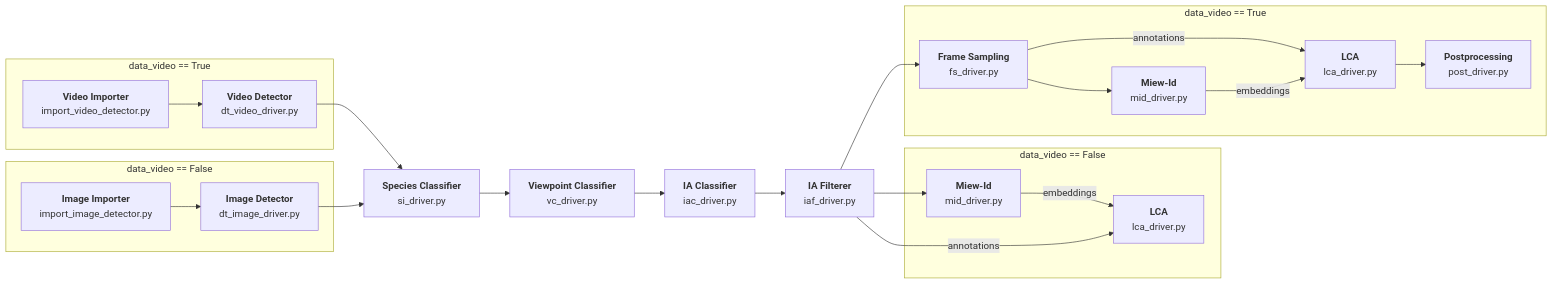
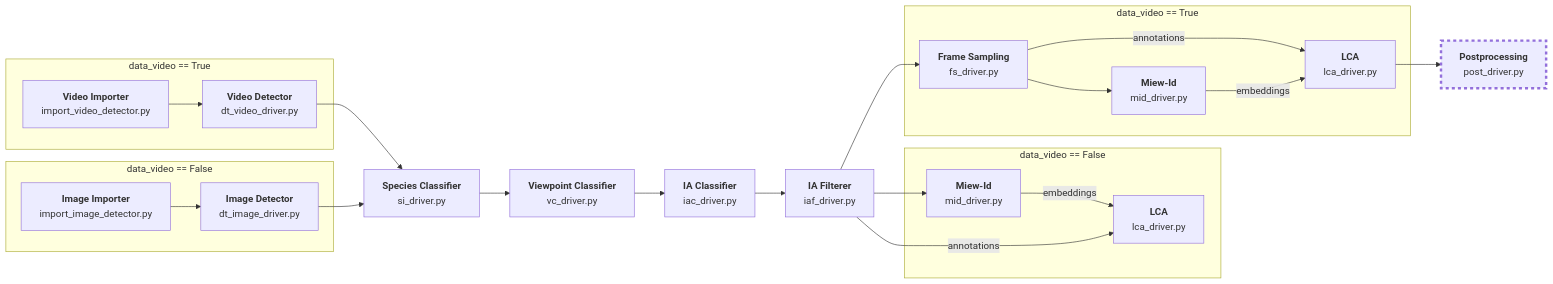
Before and after one commit to AidanWestphal/VARe-ID: the diagram in README.md, drawn with Mermaid. The commit also changed other lines of this file and 1 other file, not shown here.

````diff
--- a/README.md
+++ b/README.md
@@ -83,41 +84,42 @@
 ```mermaid
 flowchart LR
  subgraph s1["data_video == False"]
         n15["<b>Miew-Id</b><br>mid_driver.py"]
         n20["<b>LCA</b><br>lca_driver.py"]
   end
  subgraph s2["data_video == True"]
         n16["<b>Frame Sampling</b><br>fs_driver.py"]
         n17["<b>Miew-Id</b><br>mid_driver.py"]
         n18["<b>LCA</b><br>lca_driver.py"]
-        n19["<b>Postprocessing</b><br>post_driver.py"]
   end
  subgraph s3["data_video == False"]
         n21@{ label: "<b><span style=\"--tw-scale-x:\">Image Importer</span><br style=\"--tw-scale-x:\"></b>import_image_detector.py" }
         n25@{ label: "<span style=\"--tw-scale-x:\"><b>Image Detector<br style=\"--tw-scale-x:\"></b></span>dt_image_driver.py" }
   end
  subgraph s4["data_video == True"]
         n22["<b>Video Importer<br></b>import_video_detector.py"]
         n24["<b>Video Detector<br></b>dt_video_driver.py"]
   end
     n6["<b>Species Classifier</b><br>si_driver.py"] --> n7["<b>Viewpoint Classifier<br></b>vc_driver.py"]
     n7 --> n8["<b>IA Classifier<br></b>iac_driver.py"]
     n8 --> n10["<b>IA Filterer</b><br>iaf_driver.py"]
     n10 --> n16 & n15
     n16 --> n17
     n16 -- annotations --> n18
     n17 -- embeddings --> n18
-    n18 --> n19
     n15 -- embeddings --> n20
     n10 -- annotations --> n20
     n22 --> n24
     n21 --> n25
     n24 --> n6
     n25 --> n6
+    n18 --> n26["<b>Postprocessing</b><br>post_driver.py"]
 
     n16@{ shape: rect}
     n21@{ shape: rect}
     n25@{ shape: rect}
     n7@{ shape: rect}
     n8@{ shape: rect}
+    n26@{ shape: rect}
+    style n26 stroke-width:4px,stroke-dasharray: 5
 ```
````
